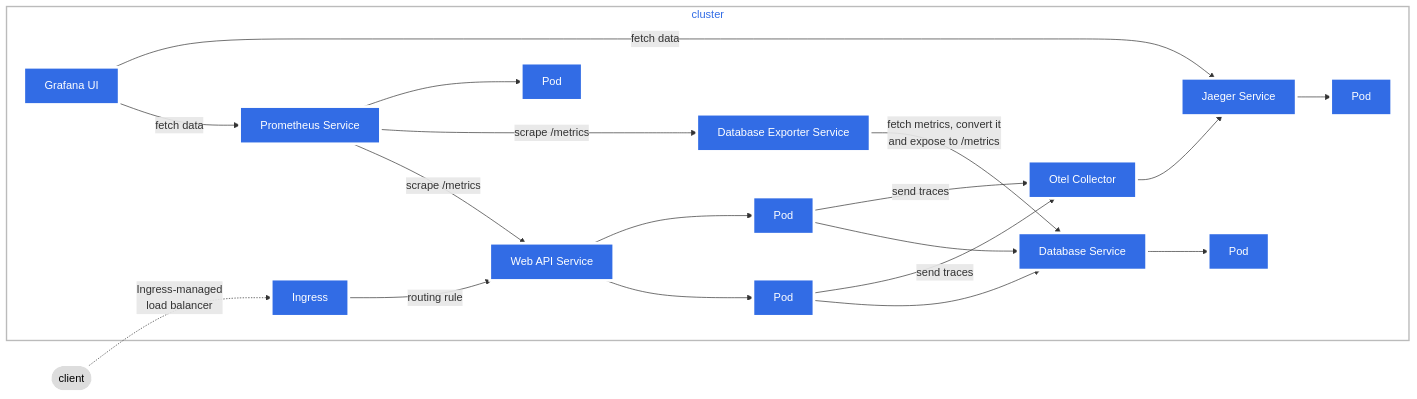
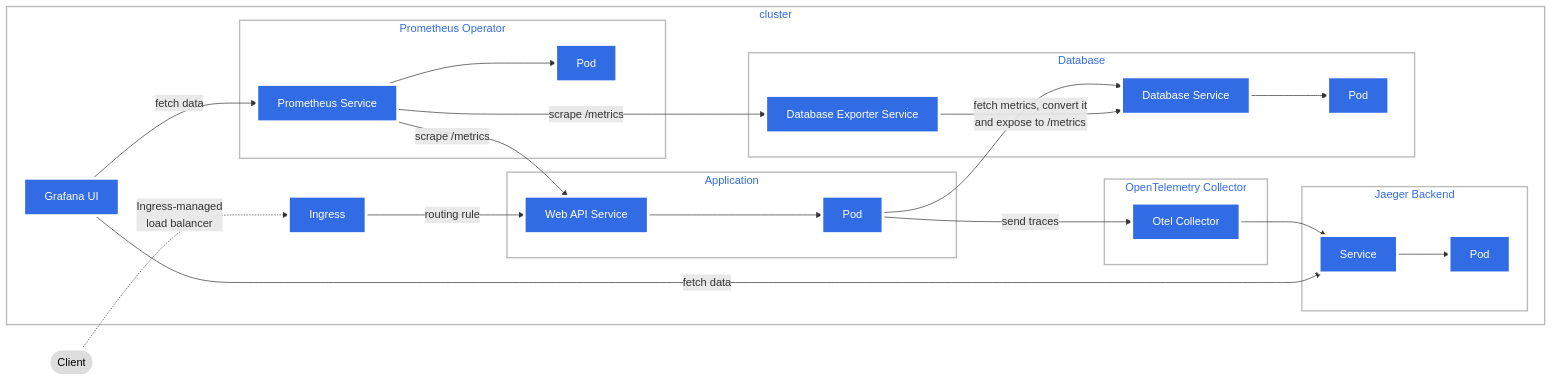
Before and after one commit to aimericsr/axum-demo: the diagram in README.md, drawn with Mermaid. The commit also changed other lines of this file and 19 other files, not shown here.

Commit message:
Scrape jaeger service and rename namespace to dev

````diff
--- a/README.md
+++ b/README.md
@@ -9,36 +9,45 @@
 ```mermaid
 graph LR;
- client([client])-. Ingress-managed <br> load balancer .->ingress[Ingress];
+ client([Client])-. Ingress-managed <br> load balancer .->ingress[Ingress];
  subgraph cluster
- ingress;
  ingress-->|routing rule|service_web[Web API Service];
+
+ subgraph app[Application]
  service_web-->pod_web_1[Pod];
- service_web-->pod_web_2[Pod];
+ end
 
  pod_web_1-->service_database[Database Service];
- pod_web_2-->service_database[Database Service];
  pod_web_1-->|send traces|otel_collector[Otel Collector];
- pod_web_2-->|send traces|otel_collector[Otel Collector];
+
+ subgraph otel[OpenTelemetry Collector]
+ otel_collector;
+ end
+ otel_collector-->service_jaeger[Service];
+
+ subgraph jaeger[Jaeger Backend]
+ service_jaeger-->pod_jaeger_1[Pod];
+ end
+
+ subgraph database[Database]
  service_database-->pod_database_1[Pod];
+ service_database_exporter[Database Exporter Service]-->|fetch metrics, convert it<br/>and expose to /metrics|service_database[Database Service];
+ end
 
- otel_collector-->service_jaeger[Jaeger Service];
-
- service_jaeger-->pod_jaeger_1[Pod];
-
- service_database_exporter[Database Exporter Service]-->|fetch metrics, convert it<br/>and expose to /metrics|service_database[Database Service];
+ subgraph prometheus_operator[Prometheus Operator]
+ service_prometheus-->pod_prometheus_1[Pod];
+ end
 
  service_prometheus[Prometheus Service]-->|scrape /metrics|service_web;
  service_prometheus[Prometheus Service]-->|scrape /metrics|service_database_exporter[Database Exporter Service];
- service_prometheus-->pod_prometheus_1[Pod];
 
  grafana[Grafana UI]-->|fetch data|service_prometheus;
  grafana[Grafana UI]-->|fetch data|service_jaeger;
 
  end
  classDef plain fill:#ddd,stroke:#fff,stroke-width:4px,color:#000;
  classDef k8s fill:#326ce5,stroke:#fff,stroke-width:4px,color:#fff;
- classDef cluster fill:#fff,stroke:#bbb,stroke-width:2px,color:#326ce5;
- class ingress,service_web,service_database,service_database_exporter,service_prometheus,otel_collector,grafana,service_jaeger,pod_web_1,pod_web_2,pod_database_1,pod_jaeger_1,pod_prometheus_1 k8s;
+ classDef box fill:#fff,stroke:#bbb,stroke-width:2px,color:#326ce5;
+ class ingress,service_web,service_database,service_database_exporter,service_prometheus,otel_collector,grafana,service_jaeger,pod_web_1,pod_database_1,pod_jaeger_1,pod_prometheus_1 k8s;
  class client plain;
- class cluster cluster;
+ class cluster,prometheus_operator,jaeger,database,app,otel box;
 ```
````
